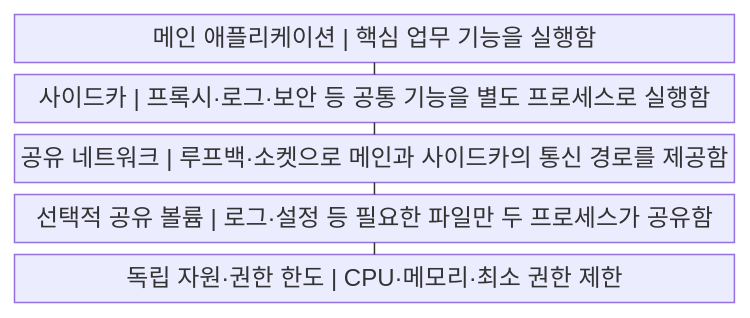
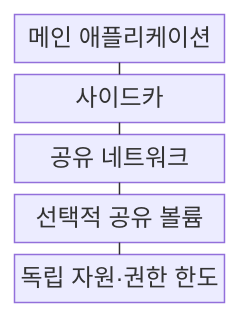
The first of 2 diagrams in src/content/docs/notes/03-software/218_sidecar_pattern.md (agnusdei1207/knowledge-base), drawn with Mermaid before and after one commit. The commit also changed other lines of this file and 238 other files, not shown here.

````diff
--- a/src/content/docs/notes/03-software/218_sidecar_pattern.md
+++ b/src/content/docs/notes/03-software/218_sidecar_pattern.md
@@ -54,13 +54,13 @@
 ```mermaid
-block
+block-beta
     columns 1
-    A["메인 애플리케이션 | 핵심 업무 기능을 실행함"]
-    B["사이드카 | 프록시·로그·보안 등 공통 기능을 별도 프로세스로 실행함"]
-    C["공유 네트워크 | 루프백·소켓으로 메인과 사이드카의 통신 경로를 제공함"]
-    D["선택적 공유 볼륨 | 로그·설정 등 필요한 파일만 두 프로세스가 공유함"]
-    E["독립 자원·권한 한도 | CPU·메모리·최소 권한 제한"]
+    A["메인 애플리케이션"]
+    B["사이드카"]
+    C["공유 네트워크"]
+    D["선택적 공유 볼륨"]
+    E["독립 자원·권한 한도"]
     A --- B
     B --- C
     C --- D
     D --- E
 ```
````
